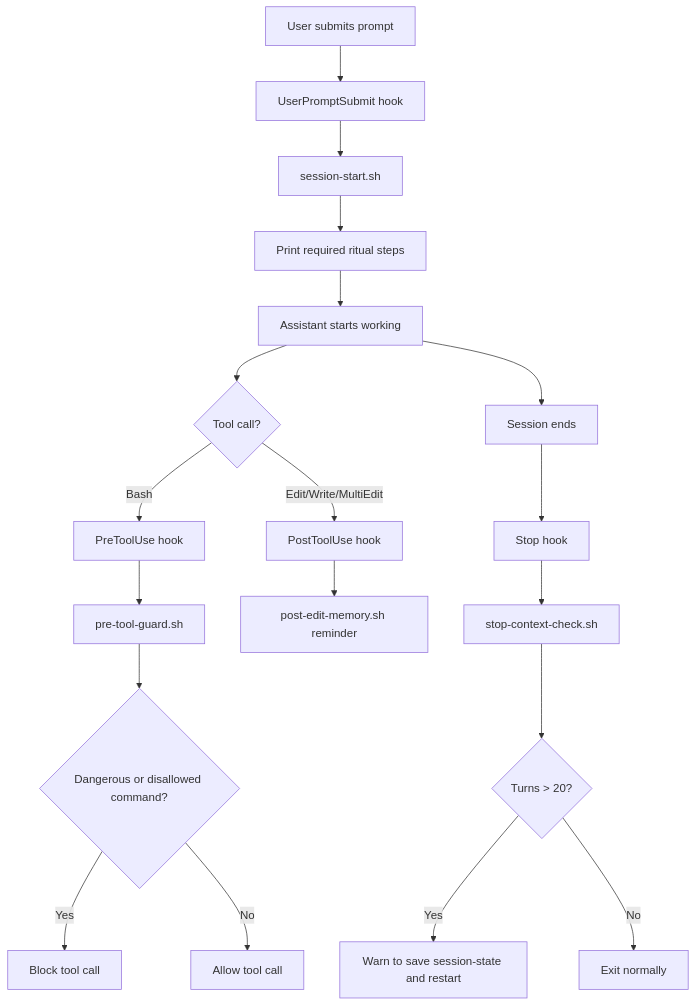
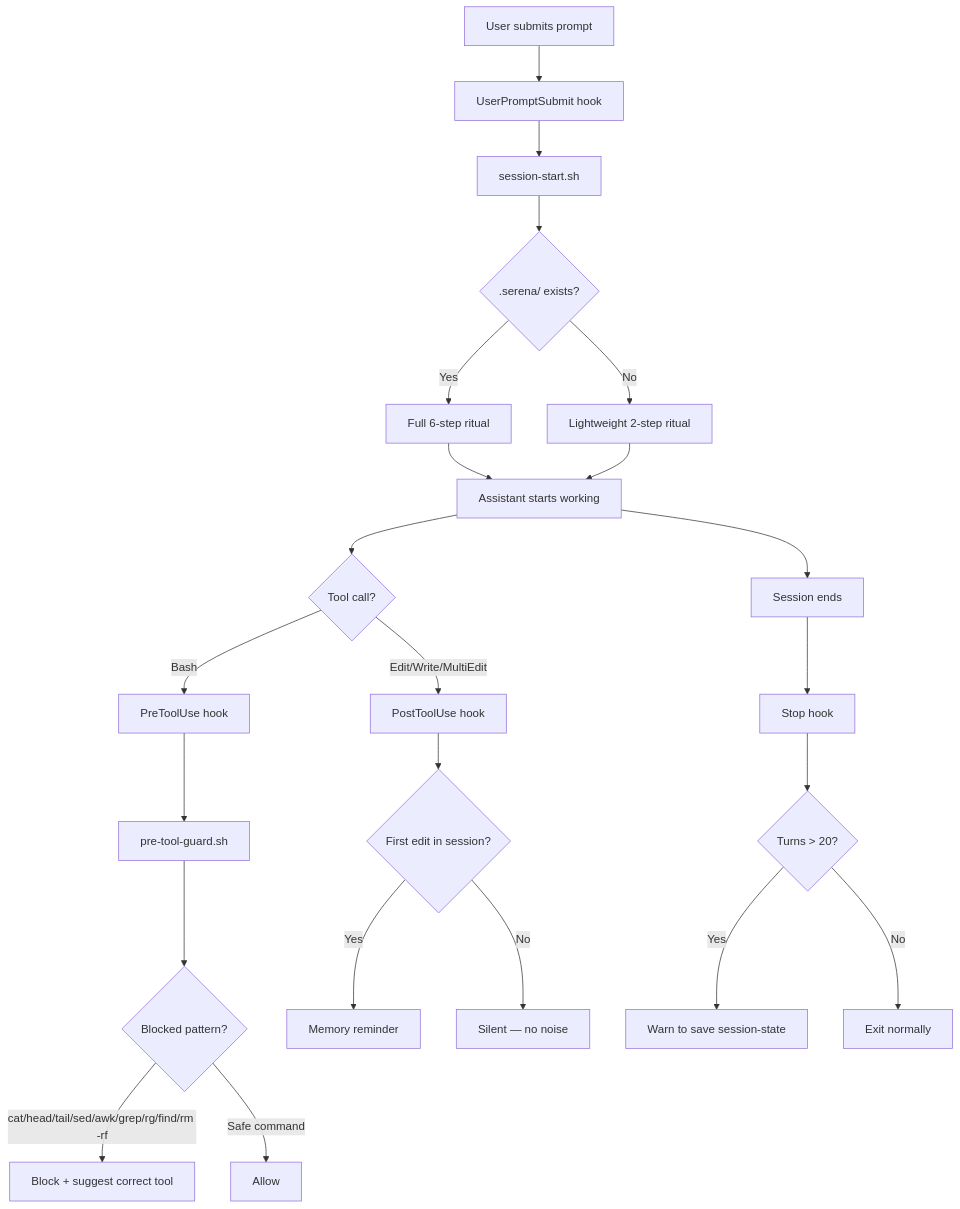
Before and after one commit to faizalpribadi/claude-setup: the diagram in README.md, drawn with Mermaid. The commit also changed other lines of this file and 8 other files, not shown here.

````diff
--- a/README.md
+++ b/README.md
@@ -28,25 +33,31 @@
 ```mermaid
 flowchart TD
     A[User submits prompt] --> B[UserPromptSubmit hook]
     B --> C[session-start.sh]
-    C --> D[Print required ritual steps]
+    C --> D{.serena/ exists?}
 
-    D --> E[Assistant starts working]
-    E --> F{Tool call?}
+    D -->|Yes| E[Full 6-step ritual]
+    D -->|No| F[Lightweight 2-step ritual]
 
-    F -->|Bash| G[PreToolUse hook]
-    G --> H[pre-tool-guard.sh]
-    H --> I{Dangerous or disallowed command?}
-    I -->|Yes| J[Block tool call]
-    I -->|No| K[Allow tool call]
+    E --> G[Assistant starts working]
+    F --> G
 
-    F -->|Edit/Write/MultiEdit| L[PostToolUse hook]
-    L --> M[post-edit-memory.sh reminder]
+    G --> H{Tool call?}
 
-    E --> N[Session ends]
-    N --> O[Stop hook]
-    O --> P[stop-context-check.sh]
-    P --> Q{Turns > 20?}
-    Q -->|Yes| R[Warn to save session-state and restart]
-    Q -->|No| S[Exit normally]
+    H -->|Bash| I[PreToolUse hook]
+    I --> J[pre-tool-guard.sh]
+    J --> K{Blocked pattern?}
+    K -->|cat/head/tail/sed/awk/grep/rg/find/rm -rf| L[Block + suggest correct tool]
+    K -->|Safe command| M[Allow]
+
+    H -->|Edit/Write/MultiEdit| N[PostToolUse hook]
+    N --> O{First edit in session?}
+    O -->|Yes| P[Memory reminder]
+    O -->|No| Q[Silent — no noise]
+
+    G --> R[Session ends]
+    R --> S[Stop hook]
+    S --> T{Turns > 20?}
+    T -->|Yes| U[Warn to save session-state]
+    T -->|No| V[Exit normally]
 ```
````
